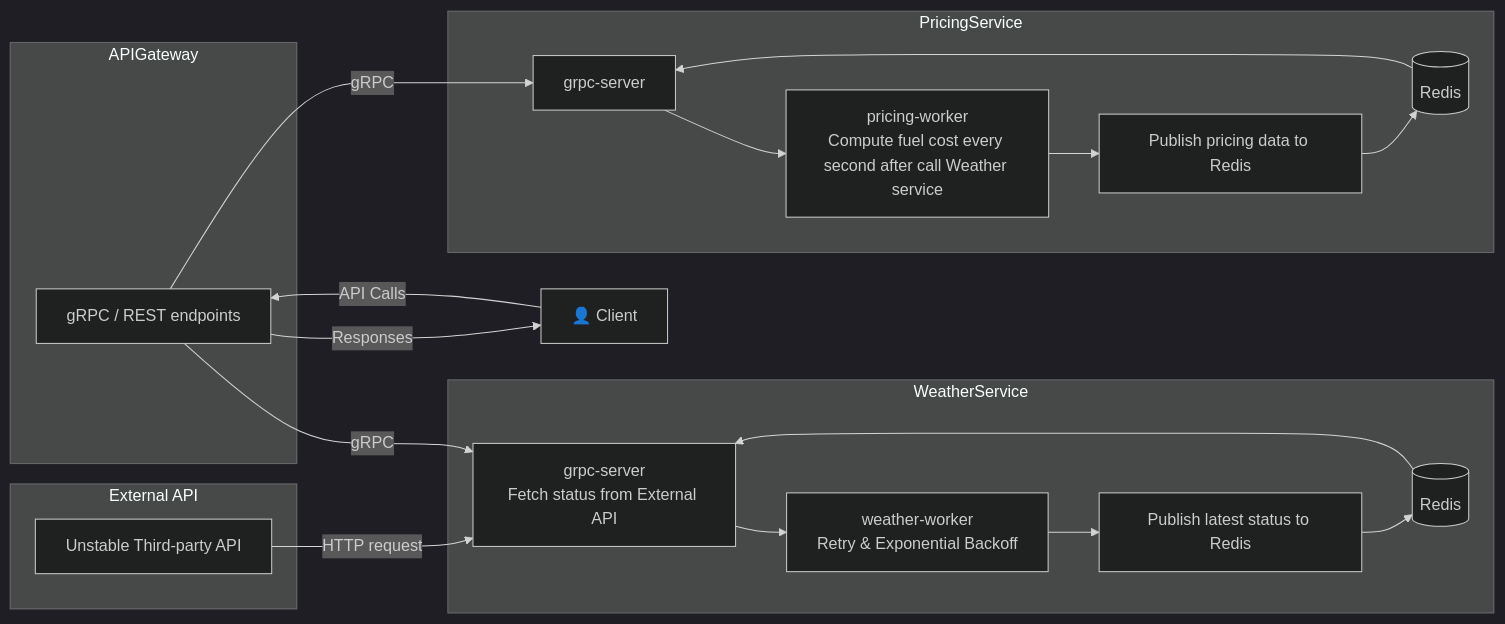
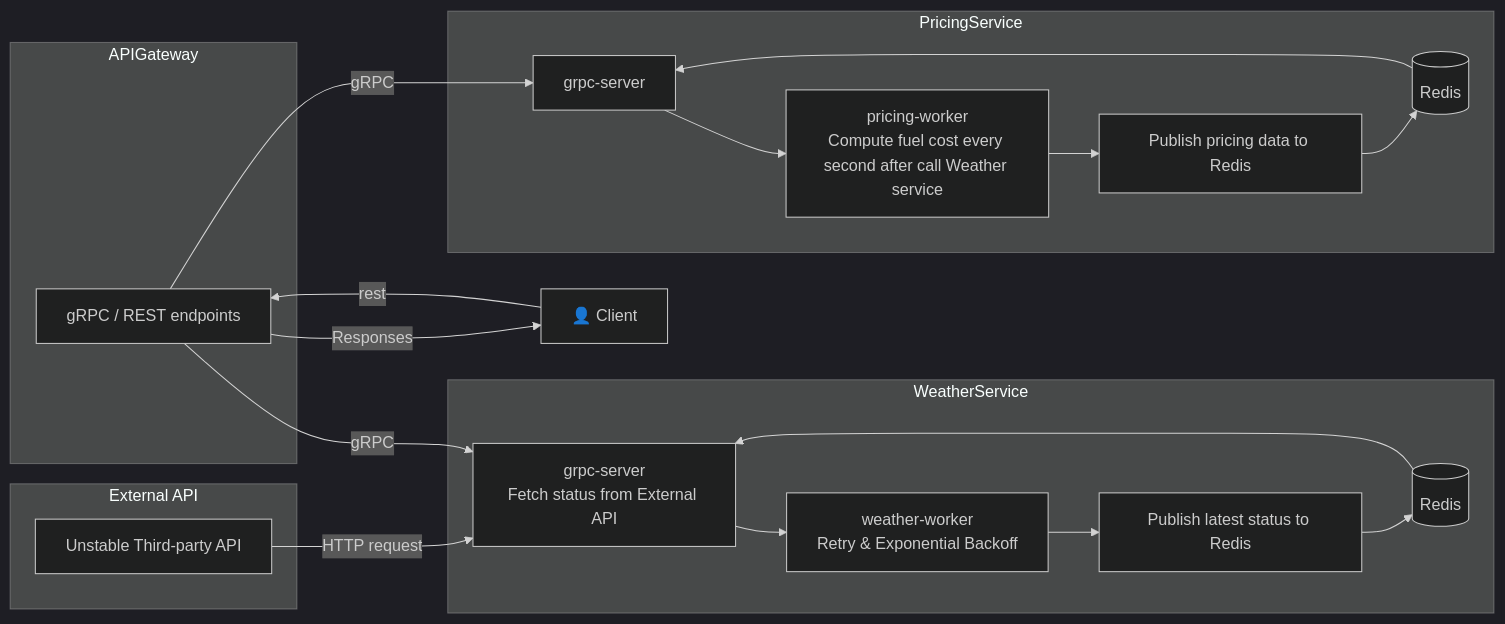
One commit to mo1ein/cloudzy changed the diagram in README.md. Above: the diagram before and after it, drawn with Mermaid (dark theme).

````diff
--- a/README.md
+++ b/README.md
@@ -18,42 +18,42 @@
 ```mermaid
 flowchart LR
 subgraph External API
 E[Unstable Third-party API]
 end
 
 subgraph WeatherService
 WS1["grpc-server<br/>Fetch status from External API"]
 WS2["weather-worker<br/>Retry & Exponential Backoff"]
 WS3["Publish latest status to Redis"]
 WR[(Redis)]
 end
 
 subgraph PricingService
 PS1["grpc-server"]
 PS2["pricing-worker<br/>Compute fuel cost every second after call Weather service"]
 PS3["Publish pricing data to Redis"]
 PR[(Redis)]
 end
 
 subgraph APIGateway
 GW1["gRPC / REST endpoints"]
 end
 
 %% Client connection
-Client["👤 Client"] -->|API Calls| GW1
+Client["👤 Client"] -->|rest| GW1
 GW1 -->|Responses| Client
 
 %% Existing connections
 E -->|HTTP request| WS1
 WS1 --> WS2
 WS2 --> WS3
 WS3 --> WR
 PS1 --> PS2
 PS2 --> PS3
 PS3 --> PR
 GW1 -->|gRPC| WS1
 GW1 -->|gRPC| PS1
 
 WR --> WS1
 PR --> PS1
 ```
````
